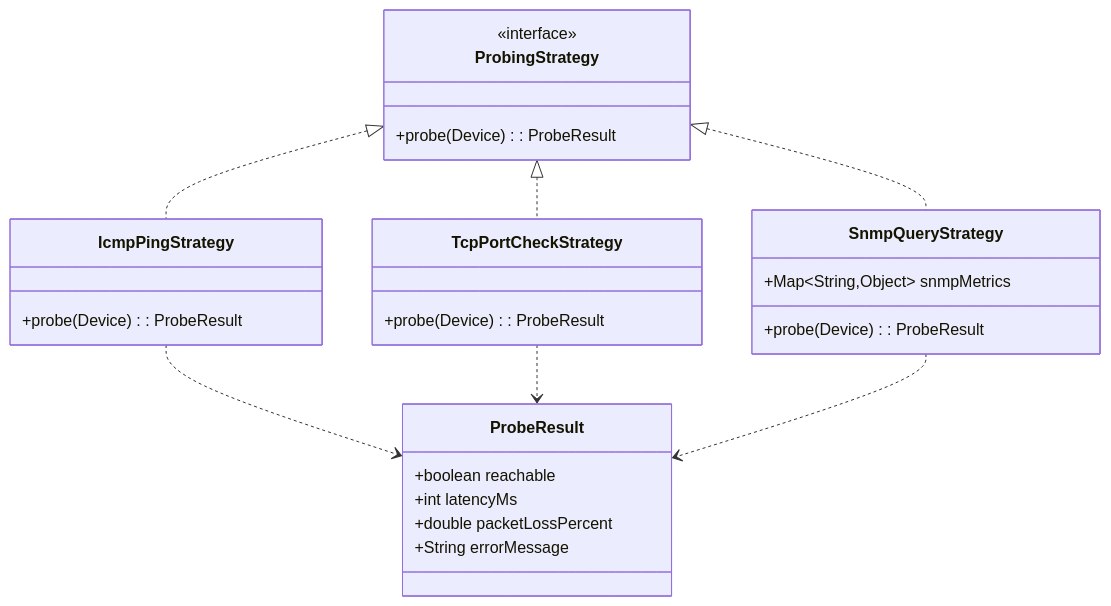
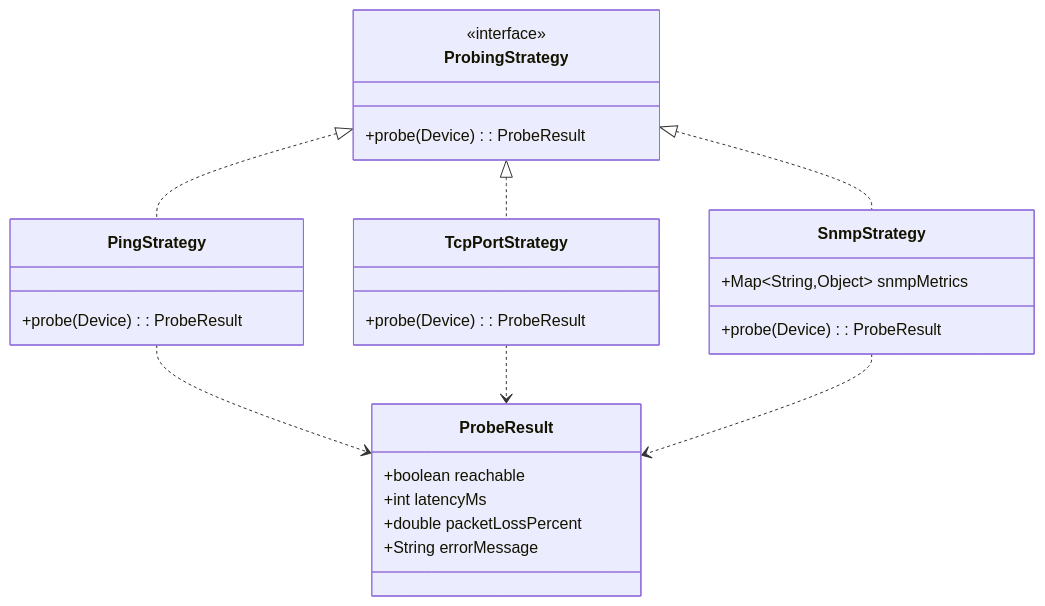
One commit to mrti-dev/network-monitor changed the third of 6 diagrams in rules/logic.md. Above: the diagram before and after it, drawn with Mermaid. The commit also changed other lines of this file and 1 other file, not shown here.

````diff
--- a/rules/logic.md
+++ b/rules/logic.md
@@ -246,34 +246,34 @@
 ```mermaid
 classDiagram
     class ProbingStrategy {
         <<interface>>
         +probe(Device): ProbeResult
     }
 
     class ProbeResult {
         +boolean reachable
         +int latencyMs
         +double packetLossPercent
         +String errorMessage
     }
 
-    class IcmpPingStrategy {
+    class PingStrategy {
         +probe(Device): ProbeResult
     }
 
-    class TcpPortCheckStrategy {
+    class TcpPortStrategy {
         +probe(Device): ProbeResult
     }
 
-    class SnmpQueryStrategy {
+    class SnmpStrategy {
         +probe(Device): ProbeResult
         +Map~String,Object~ snmpMetrics
     }
 
-    ProbingStrategy <|.. IcmpPingStrategy
-    ProbingStrategy <|.. TcpPortCheckStrategy
-    ProbingStrategy <|.. SnmpQueryStrategy
-    IcmpPingStrategy ..> ProbeResult
-    TcpPortCheckStrategy ..> ProbeResult
-    SnmpQueryStrategy ..> ProbeResult
+    ProbingStrategy <|.. PingStrategy
+    ProbingStrategy <|.. TcpPortStrategy
+    ProbingStrategy <|.. SnmpStrategy
+    PingStrategy ..> ProbeResult
+    TcpPortStrategy ..> ProbeResult
+    SnmpStrategy ..> ProbeResult
 ```
````
